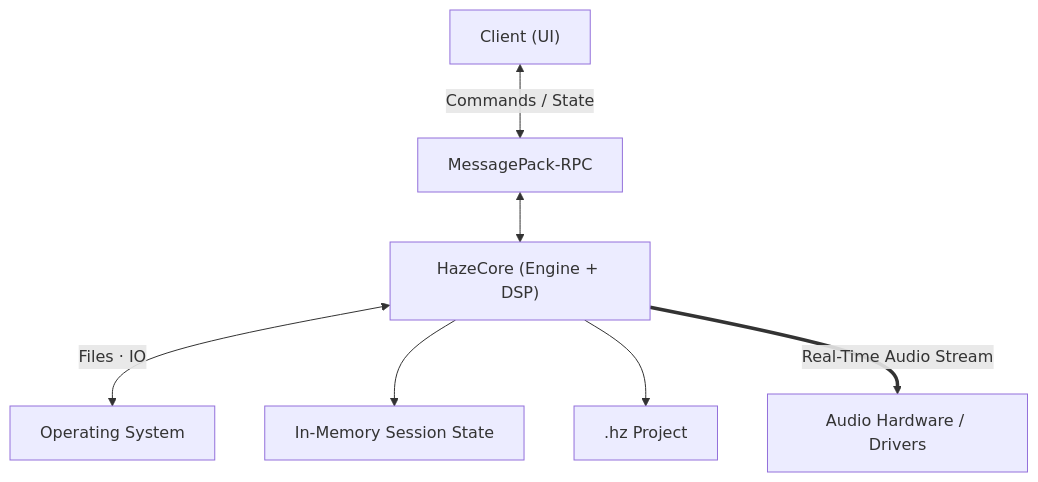
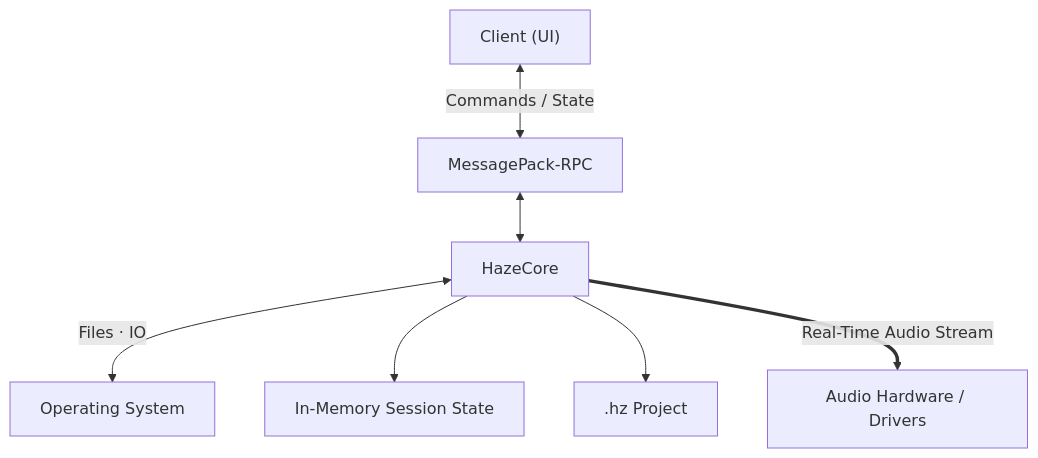
The diagram in README.md (KiamMota/haze), drawn with Mermaid before and after one commit.

Commit message:
Revise HazeCore label in README diagram
Updated the HazeCore label in the diagram for clarity.

````diff
--- a/README.md
+++ b/README.md
@@ -13,18 +13,18 @@
 ``` mermaid
 graph TD
     Client["Client (UI)"]
     RPC["MessagePack-RPC"]
-    Core["HazeCore (Engine + DSP)"]
+    Core["HazeCore"]
     AudioHW["Audio Hardware / Drivers"]
 
     Client <-->|Commands / State| RPC
     RPC <--> Core
 
     Core <-->|Files · IO| OS["Operating System"]
     Core --> Project["In-Memory Session State"]
     Core --> File[".hz Project"]
 
     Core ==>|Real-Time Audio Stream| AudioHW
 
 
 ```
````
